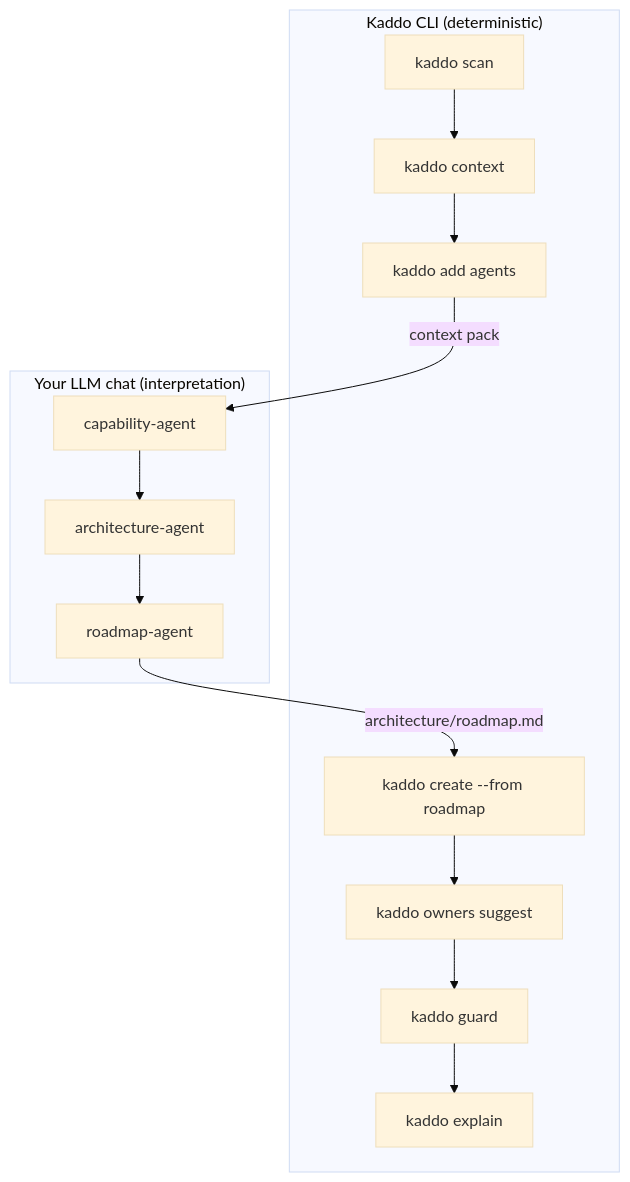
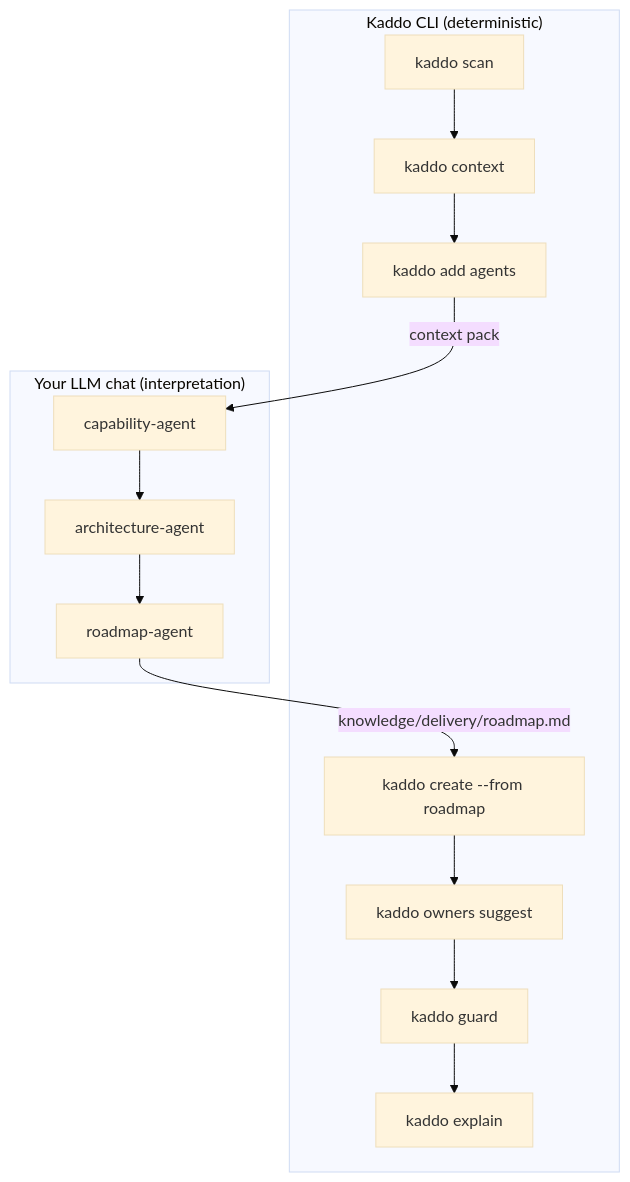
The diagram in examples/pre-ai-project/prompt-flow.md (Kaddo-kdd/kaddo), drawn with Mermaid (base theme) before and after one commit. The commit also changed other lines of this file and 105 other files, not shown here.

````diff
--- a/examples/pre-ai-project/prompt-flow.md
+++ b/examples/pre-ai-project/prompt-flow.md
@@ -13,16 +13,16 @@
 ```mermaid
 flowchart TD
   subgraph CLI["Kaddo CLI (deterministic)"]
     A[kaddo scan] --> B[kaddo context]
     B --> C[kaddo add agents]
     G[kaddo create --from roadmap] --> H[kaddo owners suggest]
     H --> I[kaddo guard]
     I --> J[kaddo explain]
   end
   subgraph LLM["Your LLM chat (interpretation)"]
     D[capability-agent] --> E[architecture-agent]
     E --> F[roadmap-agent]
   end
   C -->|context pack| D
-  F -->|architecture/roadmap.md| G
+  F -->|knowledge/delivery/roadmap.md| G
 ```
````
